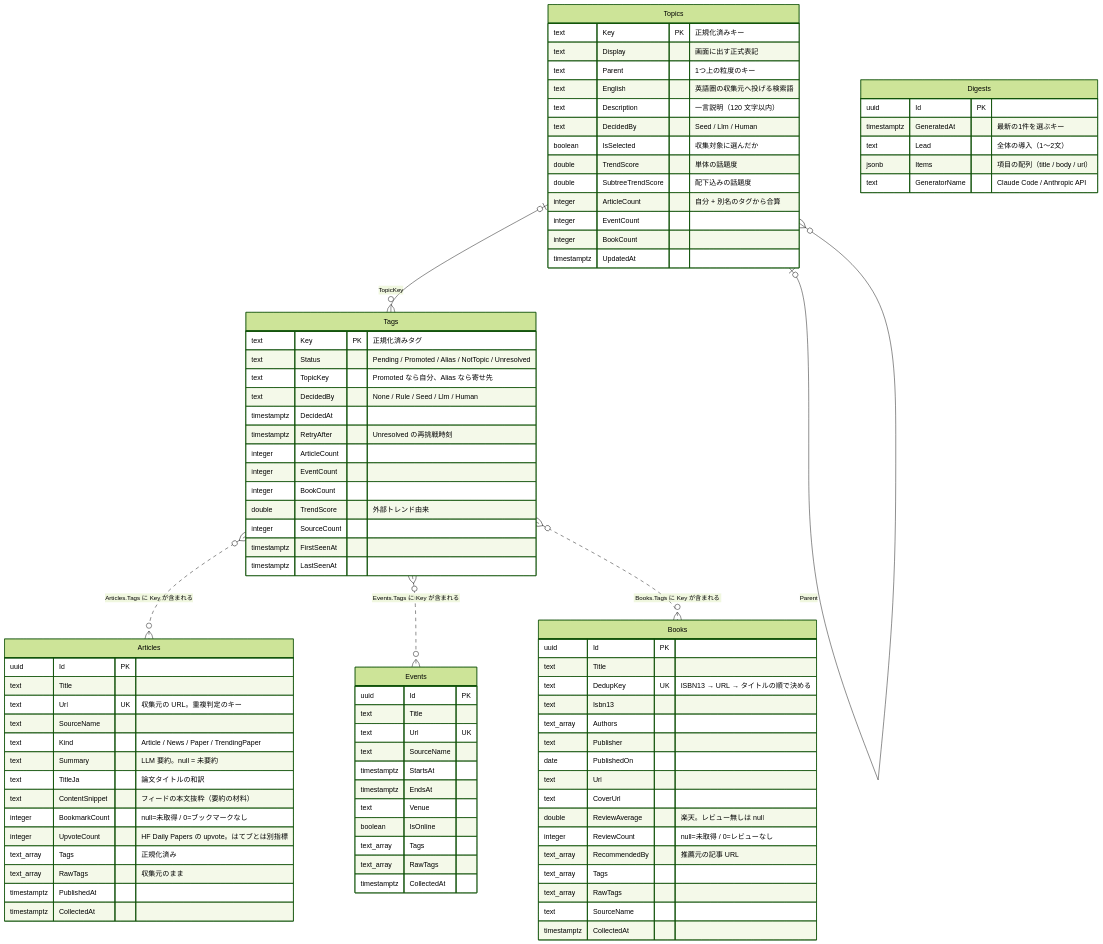
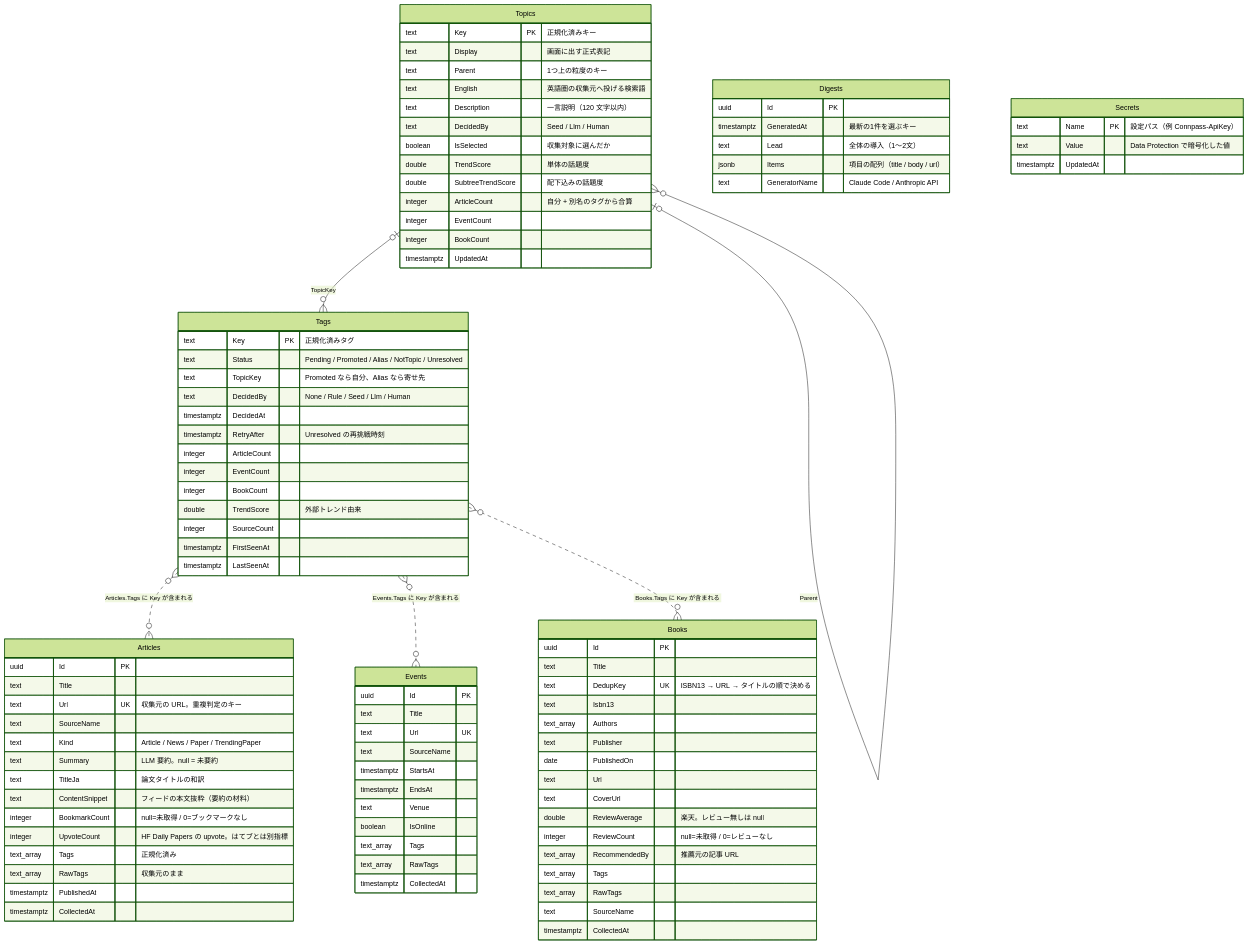
One commit to rtcode337/tech-antenna changed the first of 2 diagrams in docs/database.md. Above: the diagram before and after it, drawn with Mermaid (forest theme). The commit also changed other lines of this file and 46 other files, not shown here.

```diff
--- a/docs/database.md
+++ b/docs/database.md
@@ -103,6 +103,12 @@
         text GeneratorName "Claude Code / Anthropic API"
     }
 
+    Secrets {
+        text Name PK "設定パス（例 Connpass-ApiKey）"
+        text Value "Data Protection で暗号化した値"
+        timestamptz UpdatedAt
+    }
+
     Tags }o..o{ Articles : "Articles.Tags に Key が含まれる"
     Tags }o..o{ Events : "Events.Tags に Key が含まれる"
     Tags }o..o{ Books : "Books.Tags に Key が含まれる"
```
